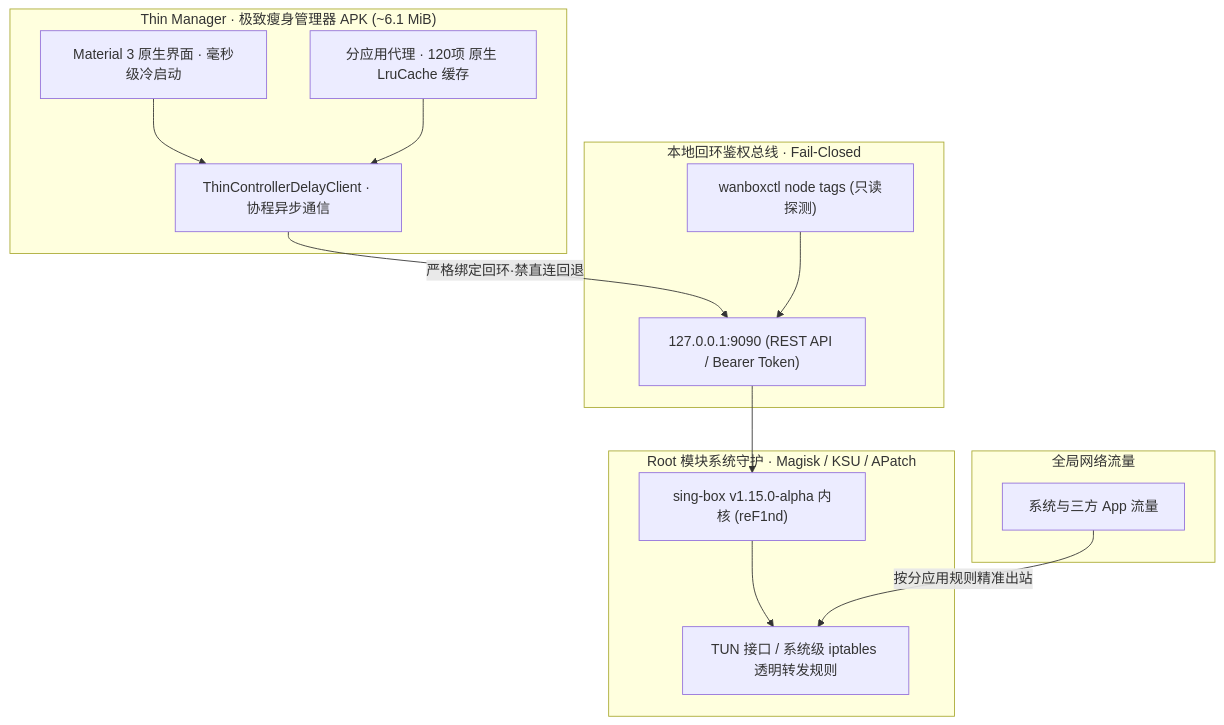
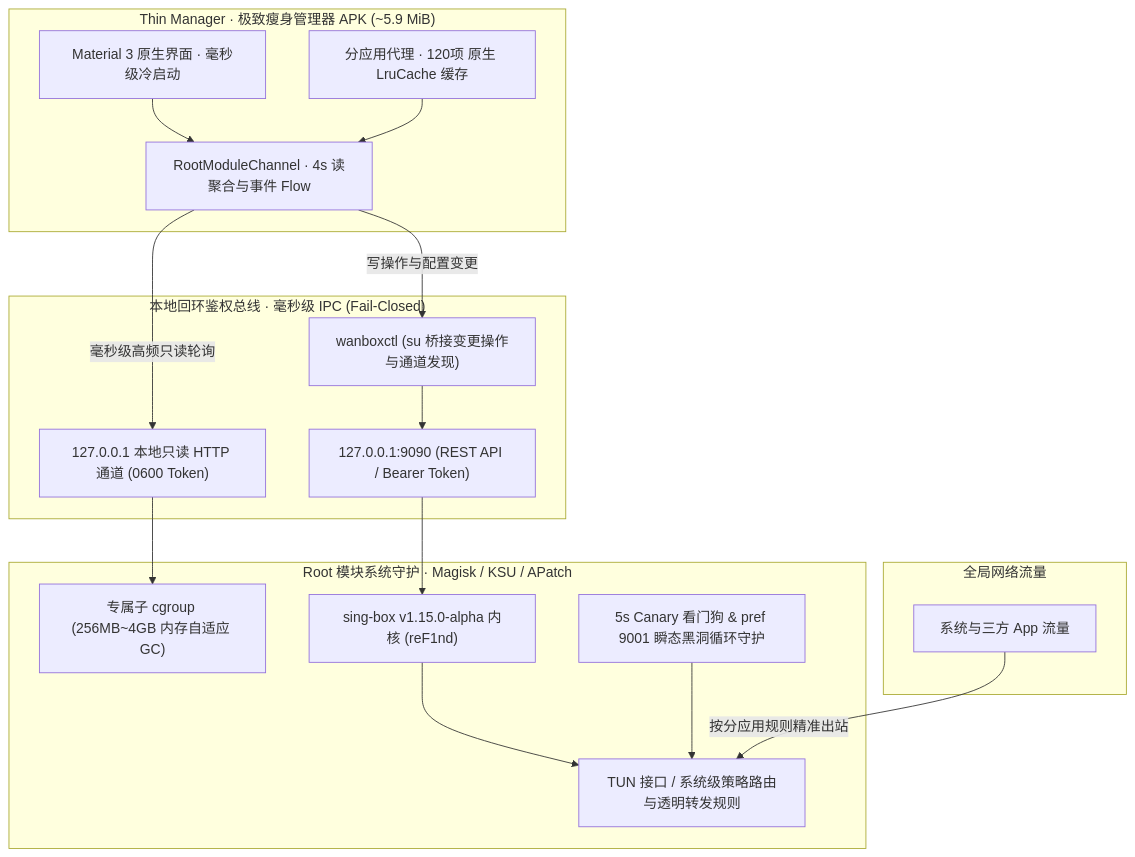
The diagram in README.md (Wuwan94/wanBoxForAndroid), drawn with Mermaid before and after one commit. The commit also changed other lines of this file and 2 other files, not shown here.

Commit message:
docs(release): 重构精炼 v3.0.15-preview.3 发行说明与架构拓扑，剥离古代归档冗余 (#41)

````diff
--- a/README.md
+++ b/README.md
@@ -79,30 +79,36 @@
 ```mermaid
 graph TD
-    subgraph UI["Thin Manager · 极致瘦身管理器 APK (~6.1 MiB)"]
+    subgraph UI["Thin Manager · 极致瘦身管理器 APK (~5.9 MiB)"]
         Activity["Material 3 原生界面 · 毫秒级冷启动"]
         AppList["分应用代理 · 120项 原生 LruCache 缓存"]
-        Controller["ThinControllerDelayClient · 协程异步通信"]
+        ChannelClient["RootModuleChannel · 4s 读聚合与事件 Flow"]
     end
 
-    subgraph Loopback["本地回环鉴权总线 · Fail-Closed"]
+    subgraph Loopback["本地回环鉴权总线 · 毫秒级 IPC (Fail-Closed)"]
         REST["127.0.0.1:9090 (REST API / Bearer Token)"]
-        Wanboxctl["wanboxctl node tags (只读探测)"]
+        Channel["127.0.0.1 本地只读 HTTP 通道 (0600 Token)"]
+        Wanboxctl["wanboxctl (su 桥接变更操作与通道发现)"]
     end
 
     subgraph CoreDaemon["Root 模块系统守护 · Magisk / KSU / APatch"]
+        Cgroup["专属子 cgroup (256MB~4GB 内存自适应 GC)"]
         Daemon["sing-box v1.15.0-alpha 内核 (reF1nd)"]
-        Route["TUN 接口 / 系统级 iptables 透明转发规则"]
+        Guard["5s Canary 看门狗 & pref 9001 瞬态黑洞循环守护"]
+        Route["TUN 接口 / 系统级策略路由与透明转发规则"]
     end
 
     subgraph Traffic["全局网络流量"]
         SystemTraffic["系统与三方 App 流量"]
     end
 
-    Activity --> Controller
-    AppList --> Controller
-    Controller -->|严格绑定回环·禁直连回退| REST
+    Activity --> ChannelClient
+    AppList --> ChannelClient
+    ChannelClient -->|毫秒级高频只读轮询| Channel
+    ChannelClient -->|写操作与配置变更| Wanboxctl
+    Channel --> Cgroup
     Wanboxctl --> REST
     REST --> Daemon
     Daemon --> Route
+    Guard --> Route
     SystemTraffic -->|按分应用规则精准出站| Route
 ```
````
